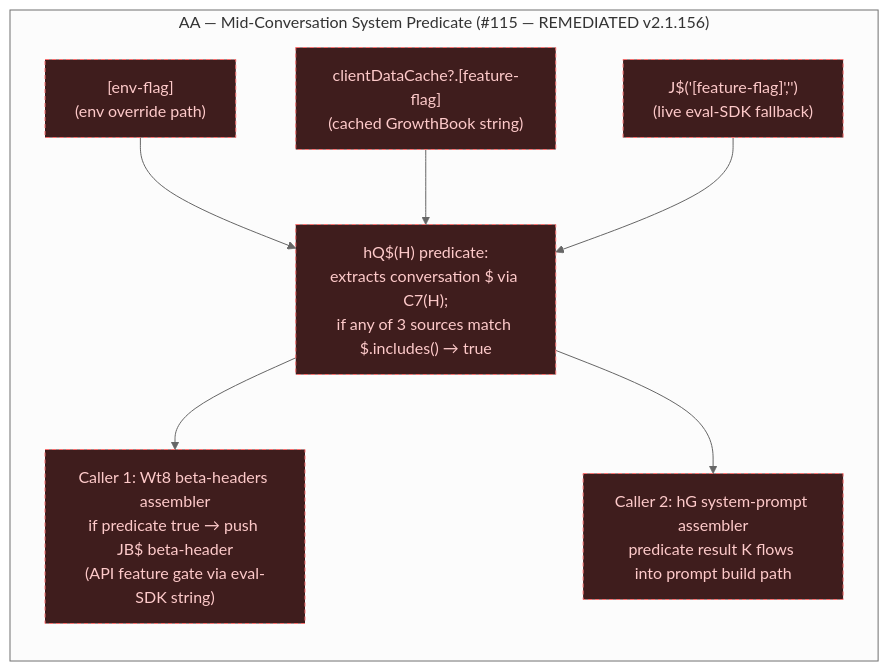
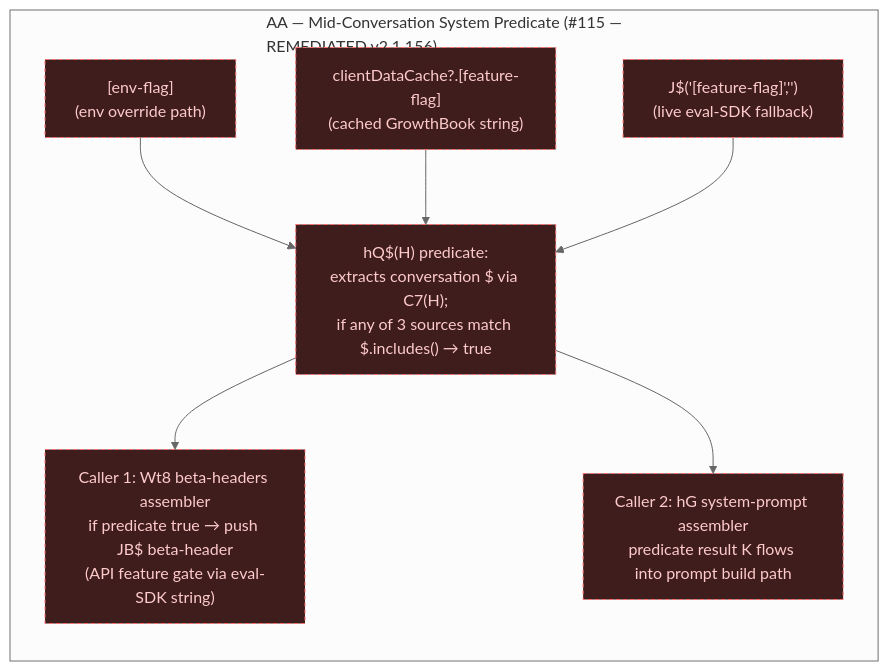
Before and after one commit to pjt222/claude-buddy-investigation: the diagram in docs/flow/MIDCONV.mmd, drawn with Mermaid (neutral theme). The commit also changed 73 other files, not shown here.

First line of the commit message:
flow: make the cluster diagrams readable at page width

```diff
--- a/docs/flow/MIDCONV.mmd
+++ b/docs/flow/MIDCONV.mmd
@@ -1,24 +1,24 @@
 flowchart LR
     %% MIDCONV — AA — Mid-Conversation System Predicate (#115 — REMEDIATED v2.1.156)
-    subgraph MIDCONV["AA — Mid-Conversation System Predicate (#115 — REMEDIATED v2.1.156)"]
+    subgraph MIDCONV["AA — Mid-Conversation System Predicate (#115 —<br/>REMEDIATED v2.1.156)"]
         direction TB
         mc_env["[env-flag]<br/>(env override path)"]:::gap
         mc_cache["clientDataCache?.[feature-flag]<br/>(cached GrowthBook string)"]:::gap
         mc_live["J$('[feature-flag]','')<br/>(live eval-SDK fallback)"]:::gap
         mc_predicate["hQ$(H) predicate:<br/>extracts conversation $ via C7(H);<br/>if any of 3 sources match $.includes() → true"]:::gap
         mc_betahdr["Caller 1: Wt8 beta-headers assembler<br/>if predicate true → push JB$ beta-header<br/>(API feature gate via eval-SDK string)"]:::gap
         mc_sysprompt["Caller 2: hG system-prompt assembler<br/>predicate result K flows into prompt build path"]:::gap
     end
 
     mc_env --> mc_predicate
     mc_cache --> mc_predicate
     mc_live --> mc_predicate
     mc_predicate --> mc_betahdr
     mc_predicate --> mc_sysprompt
 
     classDef core fill:#1f2937,stroke:#60a5fa,color:#f8fafc,stroke-width:1px
     classDef gap fill:#3f1d1d,stroke:#f87171,color:#fecaca,stroke-dasharray: 4 3,stroke-width:1px
     classDef removed fill:#1a1a1a,stroke:#6b7280,color:#9ca3af,stroke-dasharray: 2,stroke-width:1px
     classDef ours fill:#1e293b,stroke:#a78bfa,color:#e9d5ff,stroke-width:1px
     classDef baseline fill:#1f2937,stroke:#34d399,color:#d1fae5,stroke-width:1px
     classDef risk fill:#3f1d1d,stroke:#fb7185,color:#fecdd3,stroke-width:2px
```
